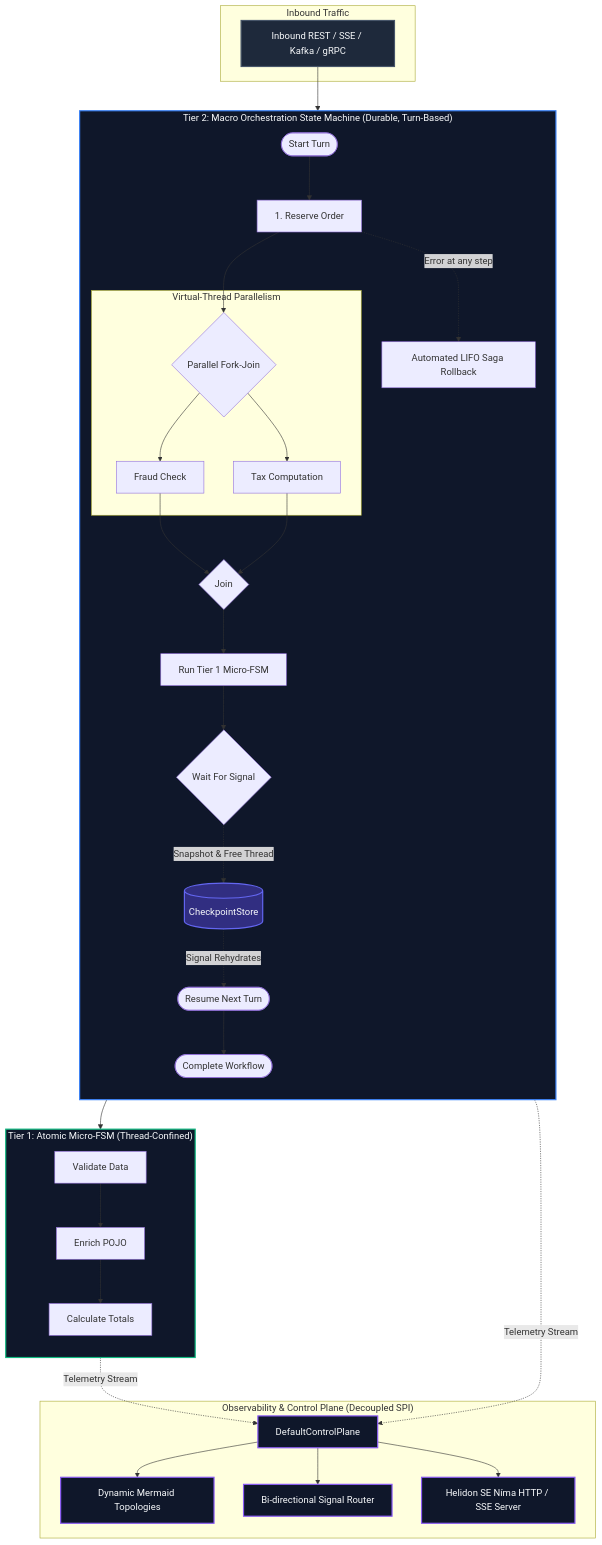
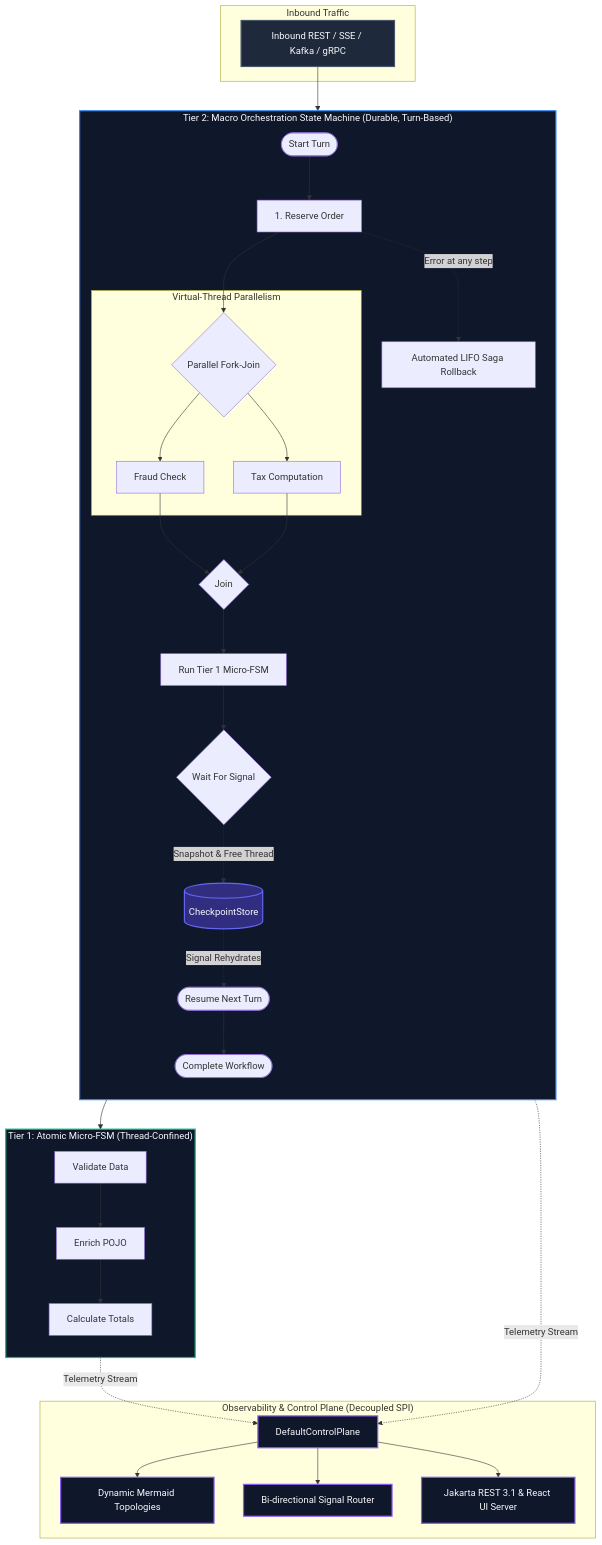
One commit to f442y/dispersion changed the first of 2 diagrams in README.md. Above: the diagram before and after it, drawn with Mermaid. The commit also changed other lines of this file and 74 other files, not shown here.

Commit message:
feat: tiered telemetry, dynamic tap manager, Jakarta REST server, Spring Boot 4 demo & docs overhaul

````diff
--- a/README.md
+++ b/README.md
@@ -95,55 +95,55 @@
 ```mermaid
 graph TD
     classDef client fill:#1e293b,stroke:#475569,stroke-width:2px,color:#f8fafc;
     classDef tier2 fill:#0f172a,stroke:#3b82f6,stroke-width:2px,color:#f8fafc;
     classDef tier1 fill:#0f172a,stroke:#10b981,stroke-width:2px,color:#f8fafc;
     classDef control fill:#0f172a,stroke:#8b5cf6,stroke-width:2px,color:#f8fafc;
     classDef store fill:#312e81,stroke:#6366f1,stroke-width:2px,color:#f8fafc;
 
     subgraph Client["Inbound Traffic"]
         REQ["Inbound REST / SSE / Kafka / gRPC"]:::client
     end
 
     subgraph Tier2["Tier 2: Macro Orchestration State Machine (Durable, Turn-Based)"]
         direction TB
         START_TURN(["Start Turn"]) --> S1["1. Reserve Order"]
         S1 --> FORK{"Parallel Fork-Join"}
 
         subgraph Concurrency["Virtual-Thread Parallelism"]
             FORK --> B1["Fraud Check"]
             FORK --> B2["Tax Computation"]
         end
 
         B1 & B2 --> JOIN{"Join"}
         JOIN --> EMBED["Run Tier 1 Micro-FSM"]
 
         EMBED --> SUSPEND{"Wait For Signal"}
         SUSPEND -.->|"Snapshot & Free Thread"| CP[("CheckpointStore")]:::store
         CP -.->|"Signal Rehydrates"| RESUME(["Resume Next Turn"])
         RESUME --> FINISH(["Complete Workflow"])
 
         S1 -.->|"Error at any step"| SAGA["Automated LIFO Saga Rollback"]
     end
 
     subgraph Tier1["Tier 1: Atomic Micro-FSM (Thread-Confined)"]
         direction TB
         A1["Validate Data"] --> A2["Enrich POJO"] --> A3["Calculate Totals"]
     end
 
     subgraph Ctrl["Observability & Control Plane (Decoupled SPI)"]
         DCP["DefaultControlPlane"]:::control
         TOP["Dynamic Mermaid Topologies"]:::control
         ROUT["Bi-directional Signal Router"]:::control
-        SRV["Helidon SE Níma HTTP / SSE Server"]:::control
+        SRV["Jakarta REST 3.1 & React UI Server"]:::control
         DCP --> TOP & ROUT
         DCP --> SRV
     end
 
     REQ --> Tier2
     EMBED --> Tier1
     Tier1 -.->|"Telemetry Stream"| DCP
     Tier2 -.->|"Telemetry Stream"| DCP
 
     class Tier2 tier2;
     class Tier1 tier1;
 ```
````
